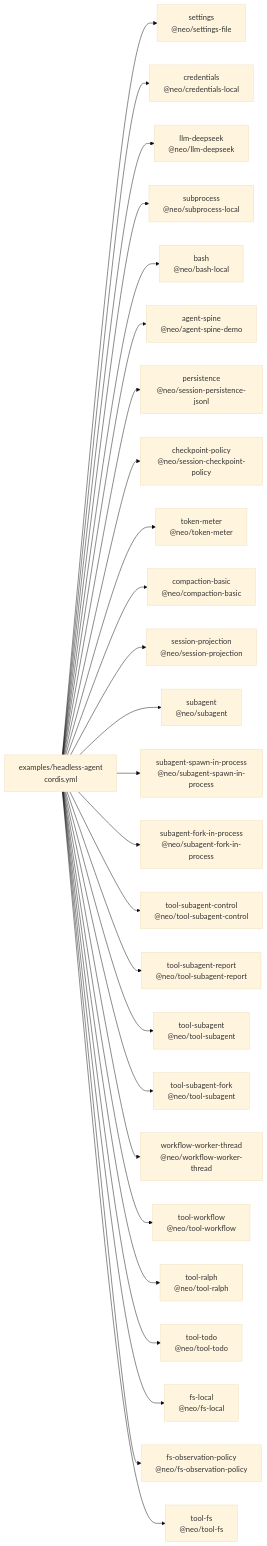
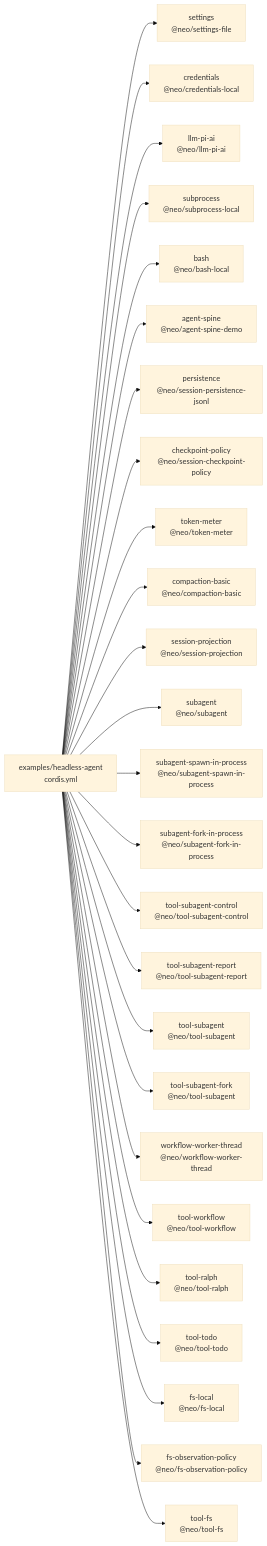
One commit to skyvanguard/NEO changed the diagram in examples/headless-agent/composition.md. Above: the diagram before and after it, drawn with Mermaid (base theme). The commit also changed other lines of this file and 167 other files, not shown here.

````diff
--- a/examples/headless-agent/composition.md
+++ b/examples/headless-agent/composition.md
@@ -8,54 +8,54 @@
 ```mermaid
 flowchart LR
   cfg["examples/headless-agent<br/>cordis.yml"]
   plugin_headless_settings["settings<br/>@neo/settings-file"]
   cfg --> plugin_headless_settings
   plugin_headless_credentials["credentials<br/>@neo/credentials-local"]
   cfg --> plugin_headless_credentials
-  plugin_headless_llm_deepseek["llm-deepseek<br/>@neo/llm-deepseek"]
-  cfg --> plugin_headless_llm_deepseek
+  plugin_headless_llm_pi_ai["llm-pi-ai<br/>@neo/llm-pi-ai"]
+  cfg --> plugin_headless_llm_pi_ai
   plugin_headless_subprocess["subprocess<br/>@neo/subprocess-local"]
   cfg --> plugin_headless_subprocess
   plugin_headless_bash["bash<br/>@neo/bash-local"]
   cfg --> plugin_headless_bash
   plugin_headless_agent_spine["agent-spine<br/>@neo/agent-spine-demo"]
   cfg --> plugin_headless_agent_spine
   plugin_headless_persistence["persistence<br/>@neo/session-persistence-jsonl"]
   cfg --> plugin_headless_persistence
   plugin_headless_checkpoint_policy["checkpoint-policy<br/>@neo/session-checkpoint-policy"]
   cfg --> plugin_headless_checkpoint_policy
   plugin_headless_token_meter["token-meter<br/>@neo/token-meter"]
   cfg --> plugin_headless_token_meter
   plugin_headless_compaction_basic["compaction-basic<br/>@neo/compaction-basic"]
   cfg --> plugin_headless_compaction_basic
   plugin_headless_session_projection["session-projection<br/>@neo/session-projection"]
   cfg --> plugin_headless_session_projection
   plugin_headless_subagent["subagent<br/>@neo/subagent"]
   cfg --> plugin_headless_subagent
   plugin_headless_subagent_spawn_in_process["subagent-spawn-in-process<br/>@neo/subagent-spawn-in-process"]
   cfg --> plugin_headless_subagent_spawn_in_process
   plugin_headless_subagent_fork_in_process["subagent-fork-in-process<br/>@neo/subagent-fork-in-process"]
   cfg --> plugin_headless_subagent_fork_in_process
   plugin_headless_tool_subagent_control["tool-subagent-control<br/>@neo/tool-subagent-control"]
   cfg --> plugin_headless_tool_subagent_control
   plugin_headless_tool_subagent_report["tool-subagent-report<br/>@neo/tool-subagent-report"]
   cfg --> plugin_headless_tool_subagent_report
   plugin_headless_tool_subagent["tool-subagent<br/>@neo/tool-subagent"]
   cfg --> plugin_headless_tool_subagent
   plugin_headless_tool_subagent_fork["tool-subagent-fork<br/>@neo/tool-subagent"]
   cfg --> plugin_headless_tool_subagent_fork
   plugin_headless_workflow_worker_thread["workflow-worker-thread<br/>@neo/workflow-worker-thread"]
   cfg --> plugin_headless_workflow_worker_thread
   plugin_headless_tool_workflow["tool-workflow<br/>@neo/tool-workflow"]
   cfg --> plugin_headless_tool_workflow
   plugin_headless_tool_ralph["tool-ralph<br/>@neo/tool-ralph"]
   cfg --> plugin_headless_tool_ralph
   plugin_headless_tool_todo["tool-todo<br/>@neo/tool-todo"]
   cfg --> plugin_headless_tool_todo
   plugin_headless_fs_local["fs-local<br/>@neo/fs-local"]
   cfg --> plugin_headless_fs_local
   plugin_headless_fs_observation_policy["fs-observation-policy<br/>@neo/fs-observation-policy"]
   cfg --> plugin_headless_fs_observation_policy
   plugin_headless_tool_fs["tool-fs<br/>@neo/tool-fs"]
   cfg --> plugin_headless_tool_fs
 ```
````
